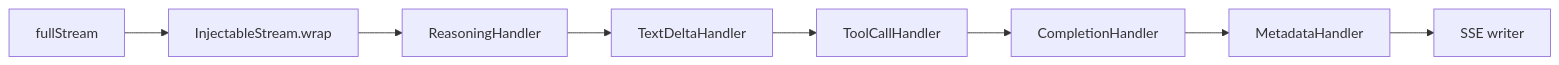
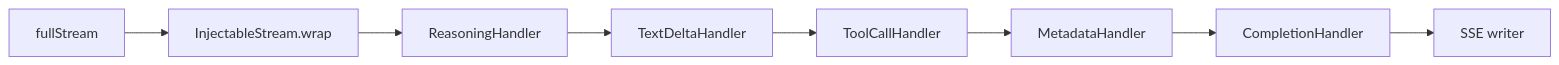
One commit to briananderson1222/work-agent changed the fifth of 5 diagrams in docs/architecture.md. Above: the diagram before and after it, drawn with Mermaid. The commit also changed other lines of this file and 23 other files, not shown here.

Commit message:
docs: update architecture, guides, and API reference

````diff
--- a/docs/architecture.md
+++ b/docs/architecture.md
@@ -277,10 +277,10 @@
 ```mermaid
 graph LR
     FS[fullStream] --> IS[InjectableStream.wrap]
     IS --> RH[ReasoningHandler]
     RH --> TDH[TextDeltaHandler]
     TDH --> TCH[ToolCallHandler]
-    TCH --> CH[CompletionHandler]
-    CH --> MH[MetadataHandler]
-    MH --> SSE[SSE writer]
+    TCH --> MH[MetadataHandler]
+    MH --> CH[CompletionHandler]
+    CH --> SSE[SSE writer]
 ```
````
